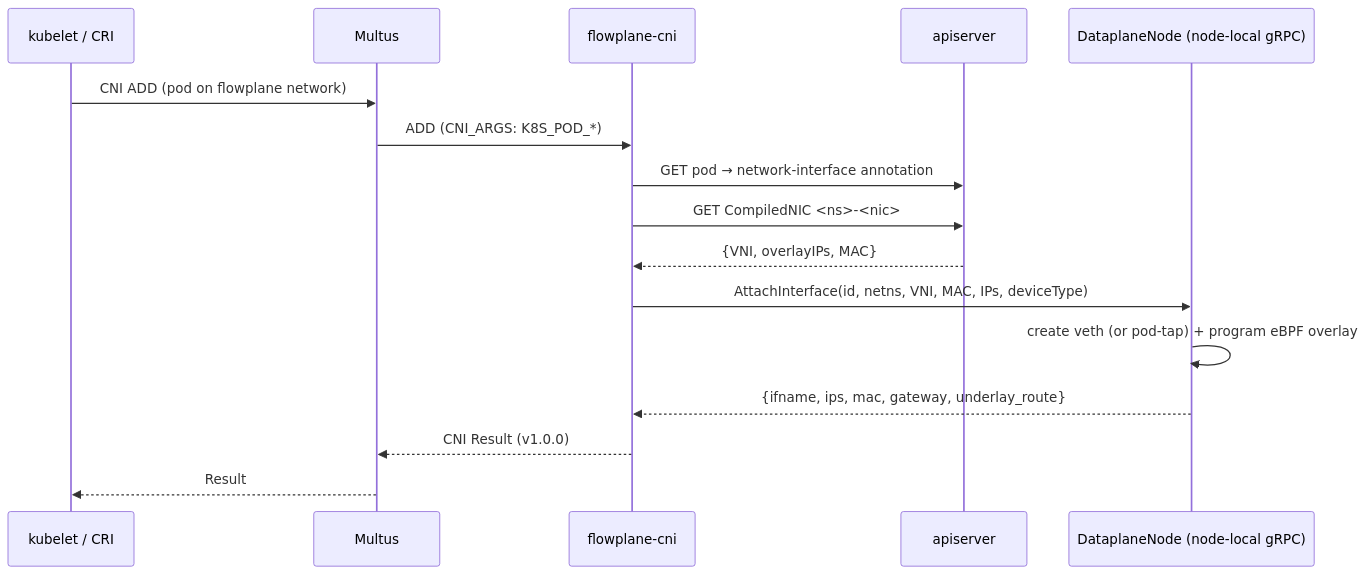
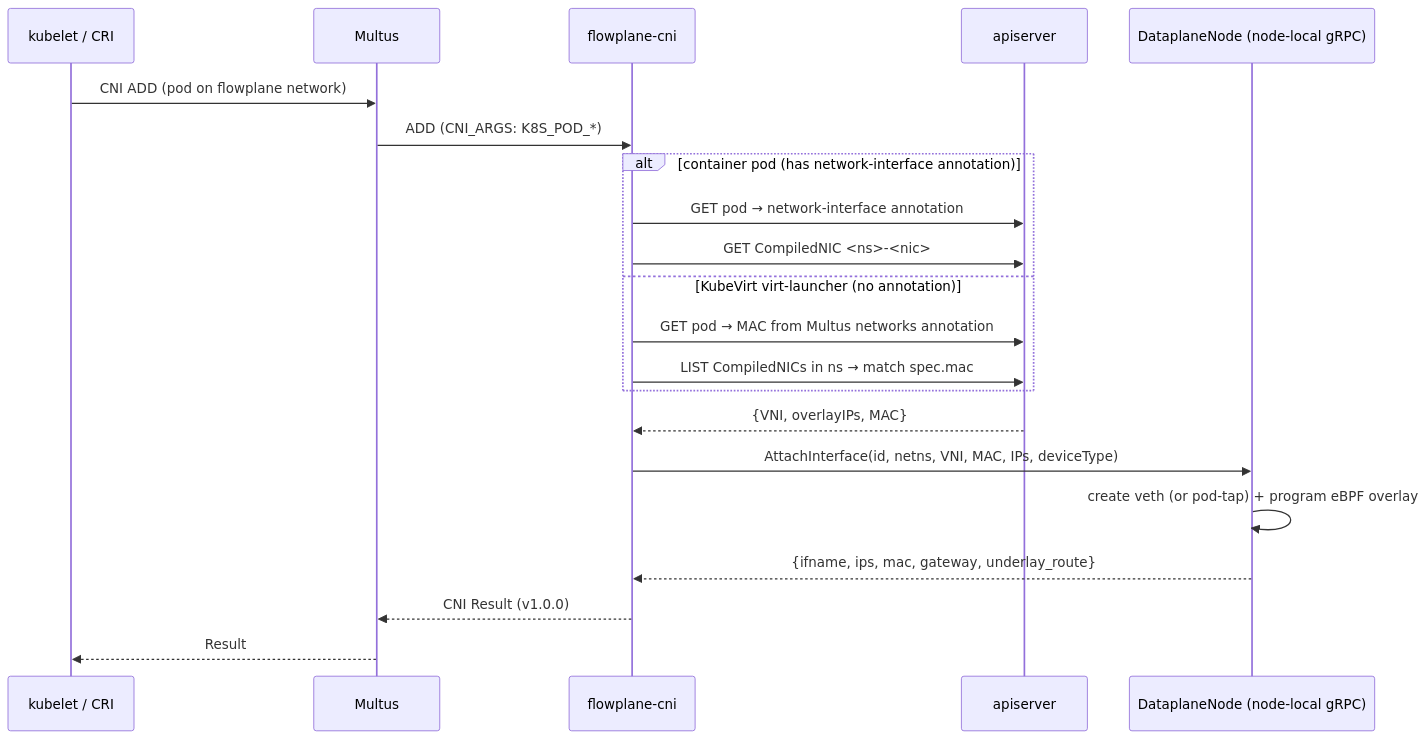
The diagram in docs/architecture/cni-integration.md (trevex/ectobase), drawn with Mermaid before and after one commit. The commit also changed other lines of this file and 29 other files, not shown here.

````diff
--- a/docs/architecture/cni-integration.md
+++ b/docs/architecture/cni-integration.md
@@ -99,19 +110,24 @@
 ```mermaid
 sequenceDiagram
     participant Kubelet as kubelet / CRI
     participant Multus
     participant CNI as flowplane-cni
     participant API as apiserver
     participant DP as DataplaneNode (node-local gRPC)
 
     Kubelet->>Multus: CNI ADD (pod on flowplane network)
     Multus->>CNI: ADD (CNI_ARGS: K8S_POD_*)
-    CNI->>API: GET pod → network-interface annotation
-    CNI->>API: GET CompiledNIC <ns>-<nic>
+    alt container pod (has network-interface annotation)
+        CNI->>API: GET pod → network-interface annotation
+        CNI->>API: GET CompiledNIC <ns>-<nic>
+    else KubeVirt virt-launcher (no annotation)
+        CNI->>API: GET pod → MAC from Multus networks annotation
+        CNI->>API: LIST CompiledNICs in ns → match spec.mac
+    end
     API-->>CNI: {VNI, overlayIPs, MAC}
     CNI->>DP: AttachInterface(id, netns, VNI, MAC, IPs, deviceType)
     DP->>DP: create veth (or pod-tap) + program eBPF overlay
     DP-->>CNI: {ifname, ips, mac, gateway, underlay_route}
     CNI-->>Multus: CNI Result (v1.0.0)
     Multus-->>Kubelet: Result
 ```
````
